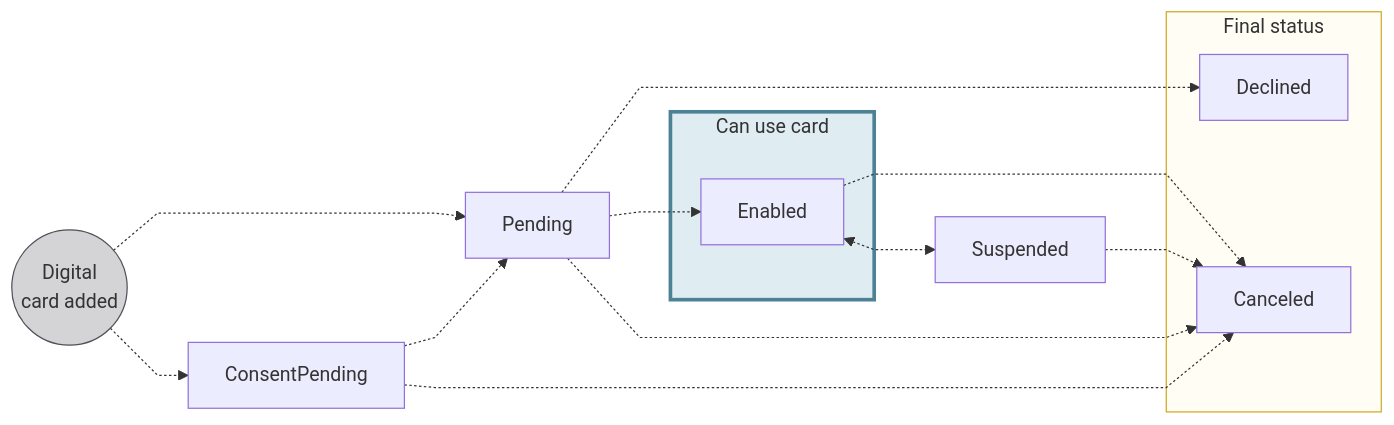
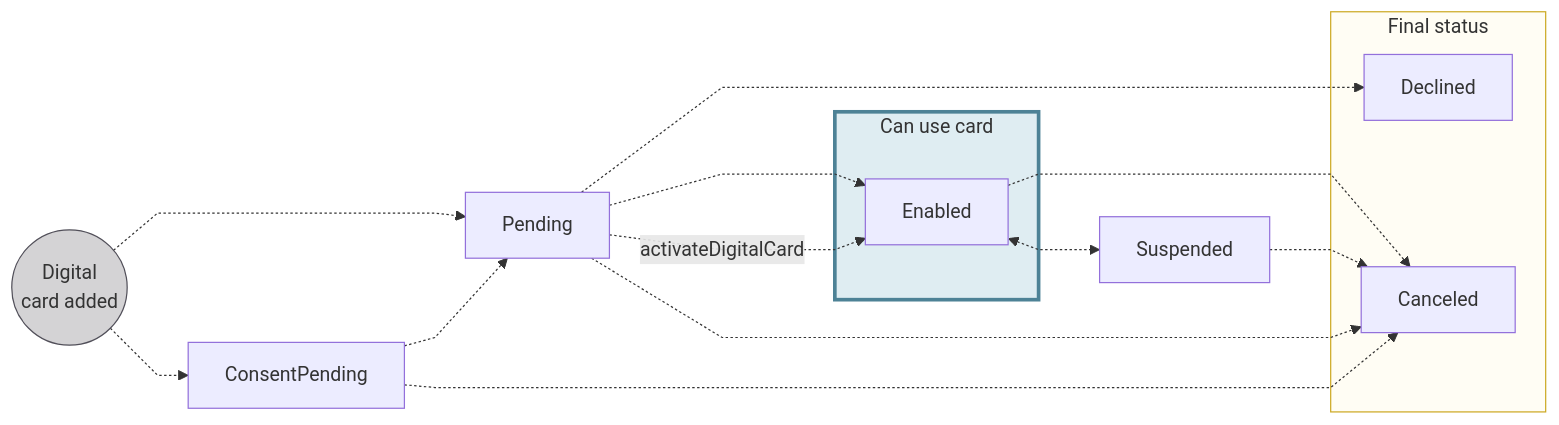
One commit to swan-io/docs changed the diagram in docs/topics/cards/digital/index.mdx. Above: the diagram before and after it, drawn with Mermaid. The commit also changed other lines of this file and 1 other file, not shown here.

Commit message:
DOC-854/product-activate-digital-card-token-for-google-pay

````diff
--- a/docs/topics/cards/digital/index.mdx
+++ b/docs/topics/cards/digital/index.mdx
@@ -49,24 +50,25 @@
 ```mermaid
 %%{ init: { 'flowchart': { 'curve': 'linear' } } }%%
 flowchart LR
     DCA((Digital<br/>card added)) -.-> P[Pending]
     DCA -.-> CP[ConsentPending]
     P -.-> D[Declined]
     CP -.-> P
     CP -.-> CD
     P -.-> E[Enabled]
+    P -.->|activateDigitalCard| E
     E -.-> CD
     E <-.-> S[Suspended]
     S -.-> CD[Canceled]
     P -.-> CD
     subgraph U[Can use card]
         E
     end
     subgraph F[Final status]
         CD
         D
     end
     style DCA fill:#D4D3D5,stroke:#514F59
     style F fill:#fffdf4,stroke:#cca922
     style U fill:#dfedf2,stroke:#4d8296, stroke-width:3px
 ```
````
